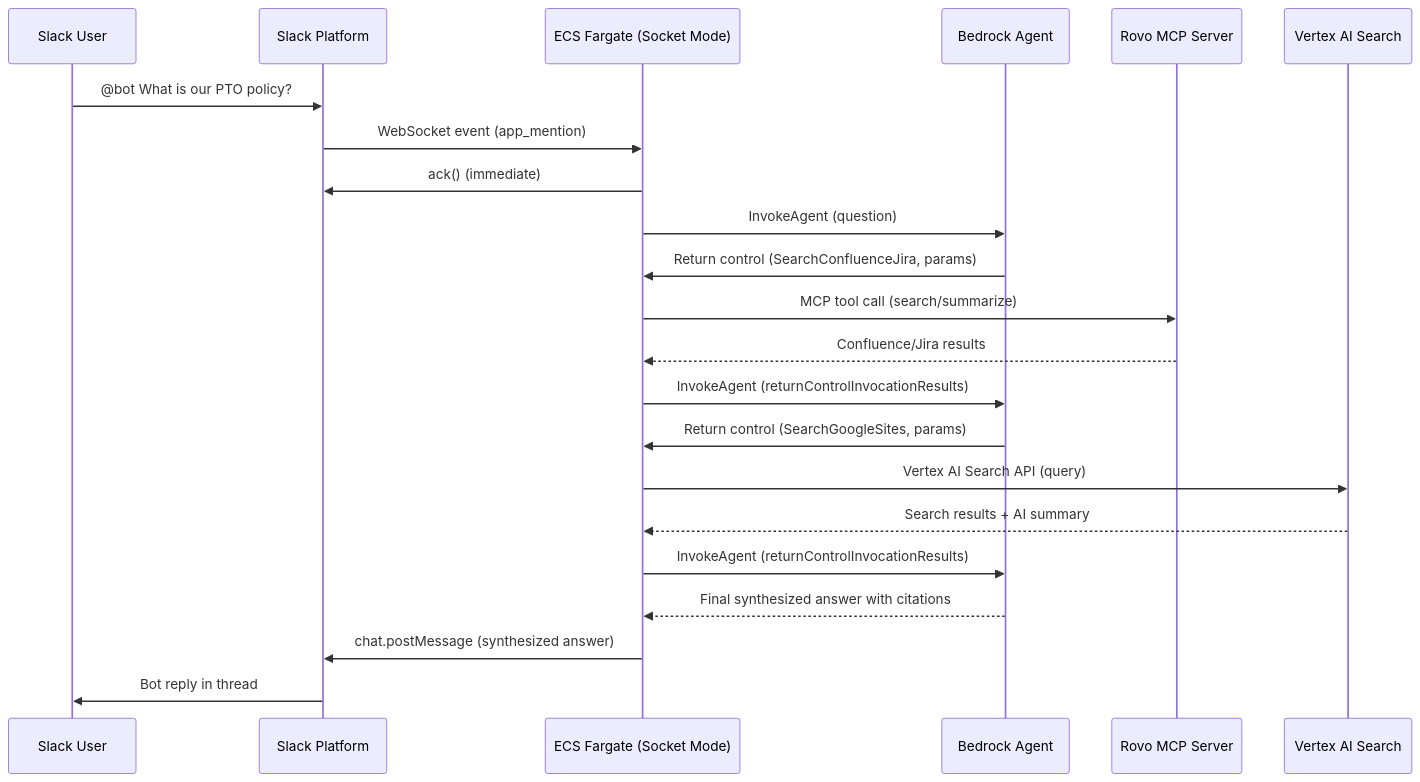
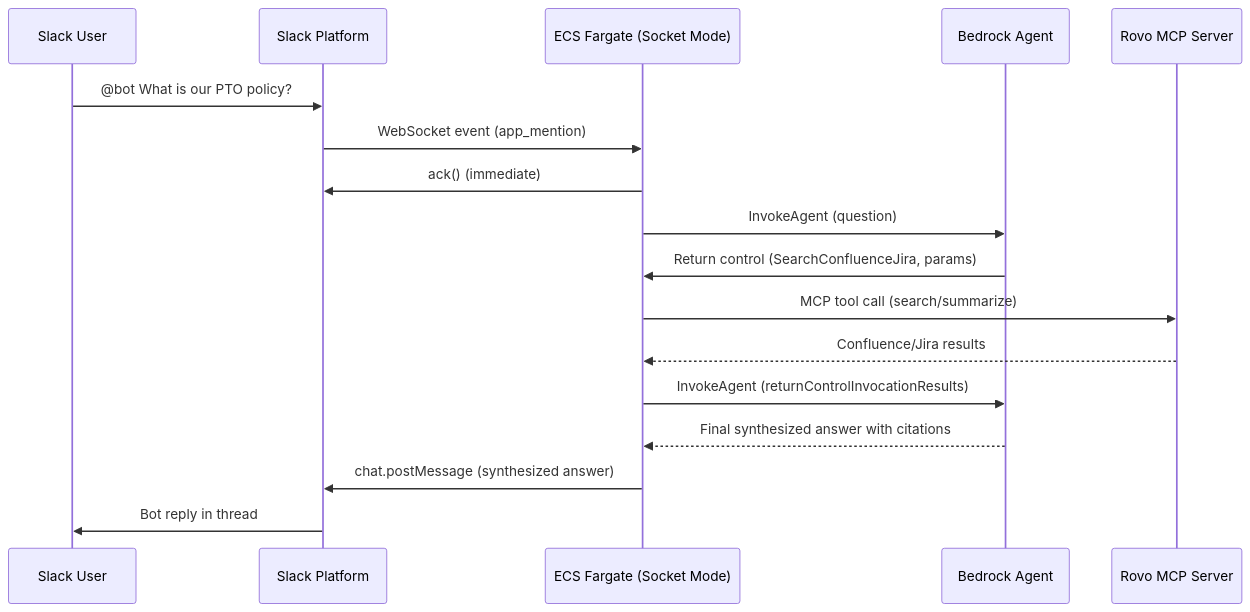
Before and after one commit to Sage-Bionetworks-IT/sage-kb-chatbot: the first of 3 diagrams in .kiro/specs/slack-agent-router/design.md, drawn with Mermaid. The commit also changed other lines of this file and 17 other files, not shown here.

First line of the commit message:
refactor: remove Vertex AI Search backend (#35)

````diff
--- a/.kiro/specs/slack-agent-router/design.md
+++ b/.kiro/specs/slack-agent-router/design.md
@@ -43,25 +42,20 @@
 ```mermaid
 sequenceDiagram
     participant U as Slack User
     participant S as Slack Platform
     participant ECS as ECS Fargate (Socket Mode)
     participant BA as Bedrock Agent
     participant RV as Rovo MCP Server
-    participant GS as Vertex AI Search
 
     U->>S: @bot What is our PTO policy?
     S->>ECS: WebSocket event (app_mention)
     ECS->>S: ack() (immediate)
     ECS->>BA: InvokeAgent (question)
     BA->>ECS: Return control (SearchConfluenceJira, params)
     ECS->>RV: MCP tool call (search/summarize)
     RV-->>ECS: Confluence/Jira results
     ECS->>BA: InvokeAgent (returnControlInvocationResults)
-    BA->>ECS: Return control (SearchGoogleSites, params)
-    ECS->>GS: Vertex AI Search API (query)
-    GS-->>ECS: Search results + AI summary
-    ECS->>BA: InvokeAgent (returnControlInvocationResults)
     BA-->>ECS: Final synthesized answer with citations
     ECS->>S: chat.postMessage (synthesized answer)
     S->>U: Bot reply in thread
 ```
````
